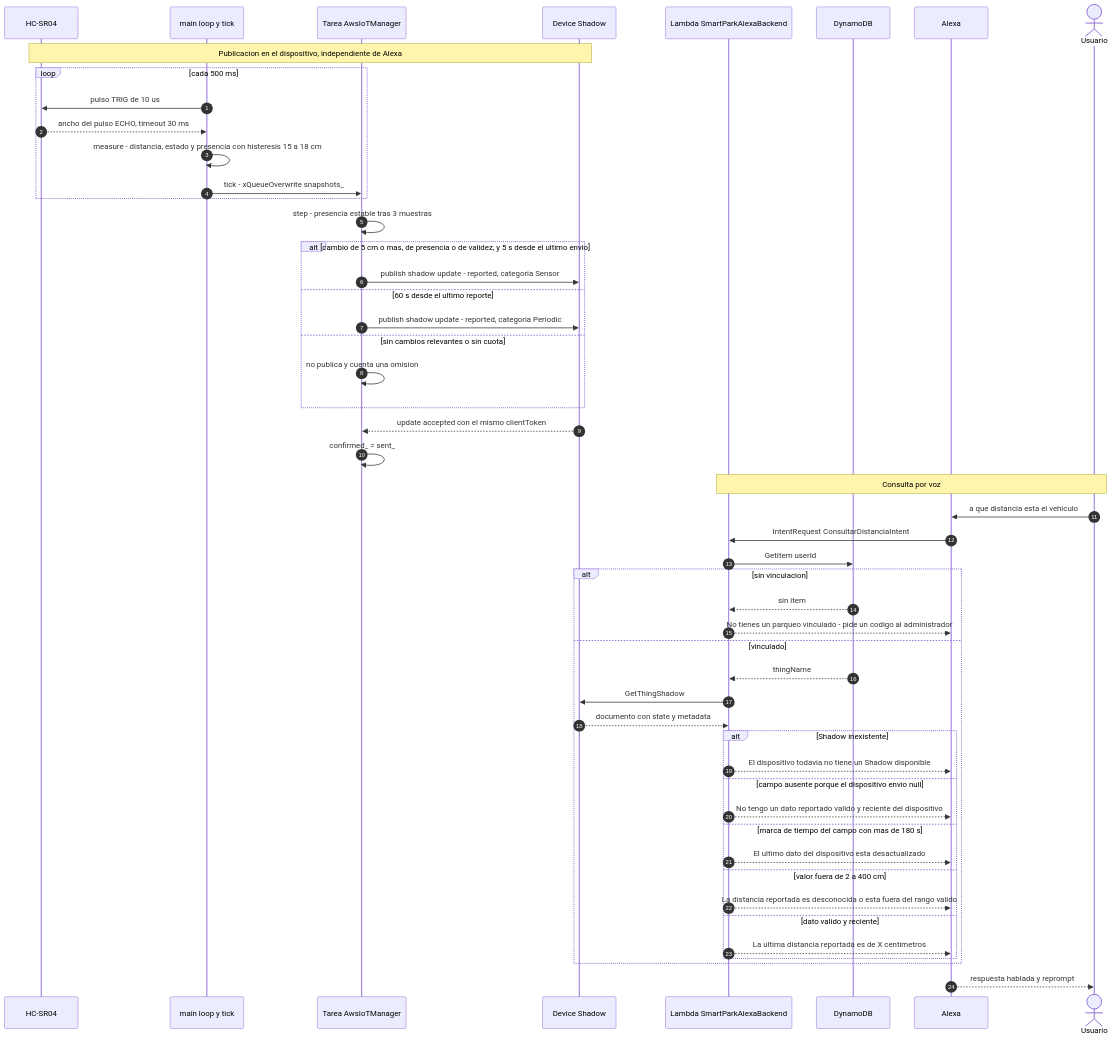
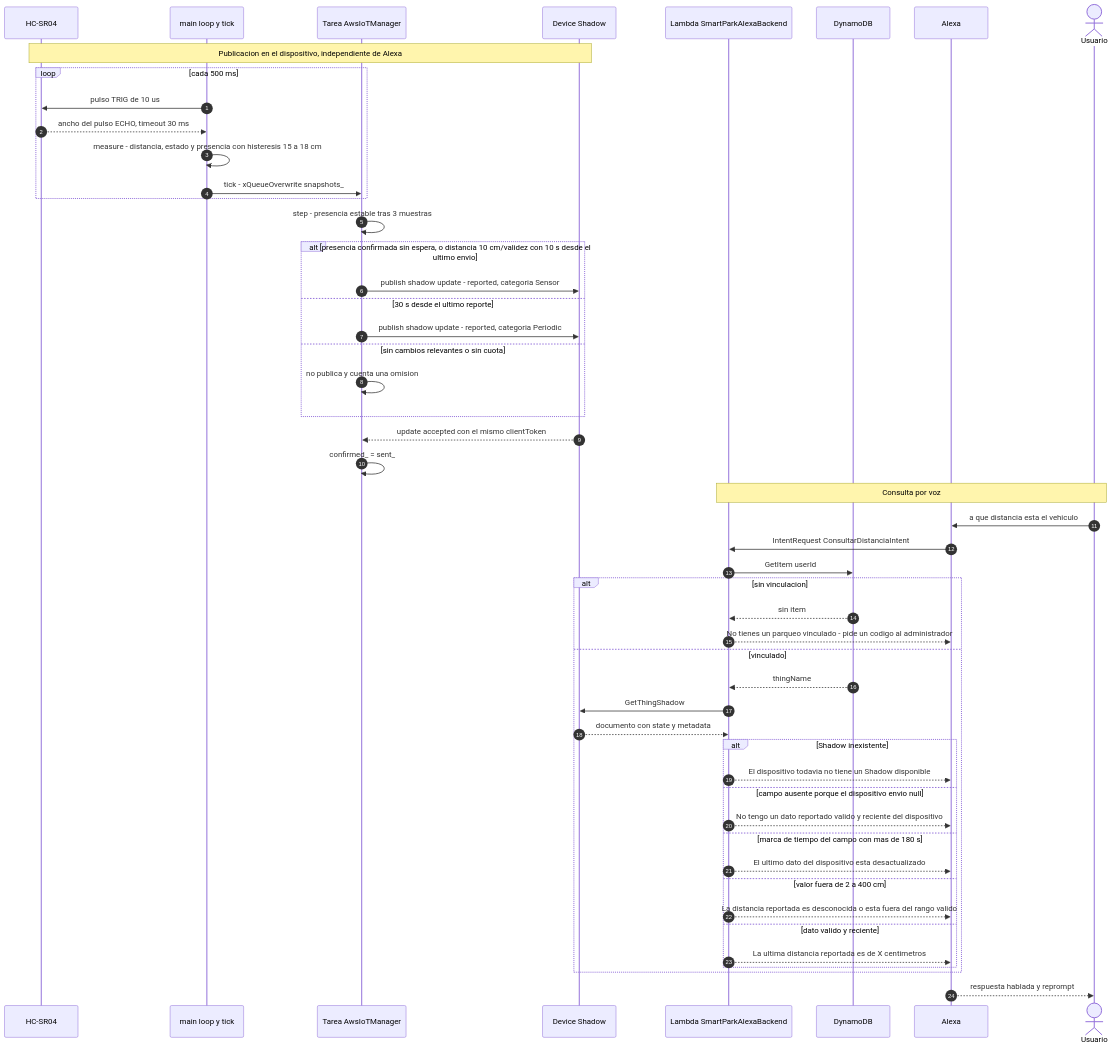
Diagram 12 of 16 in docs/informe.md (HenryRiveraM/smartpark-practica-3), drawn with Mermaid before and after one commit. The commit also changed other lines of this file and 8 other files, not shown here.

````diff
--- a/docs/informe.md
+++ b/docs/informe.md
@@ -944,55 +944,55 @@
 ```mermaid
 sequenceDiagram
     autonumber
     participant HC as HC-SR04
     participant ML as main loop y tick
     participant TASK as Tarea AwsIoTManager
     participant SH as Device Shadow
     participant LA as Lambda SmartParkAlexaBackend
     participant DB as DynamoDB
     participant AX as Alexa
     actor U as Usuario
 
     Note over HC,SH: Publicacion en el dispositivo, independiente de Alexa
     loop cada 500 ms
         ML->>HC: pulso TRIG de 10 us
         HC-->>ML: ancho del pulso ECHO, timeout 30 ms
         ML->>ML: measure - distancia, estado y presencia con histeresis 15 a 18 cm
         ML->>TASK: tick - xQueueOverwrite snapshots_
     end
     TASK->>TASK: step - presencia estable tras 3 muestras
-    alt cambio de 5 cm o mas, de presencia o de validez, y 5 s desde el ultimo envio
+    alt presencia confirmada sin espera, o distancia 10 cm/validez con 10 s desde el ultimo envio
         TASK->>SH: publish shadow update - reported, categoria Sensor
-    else 60 s desde el ultimo reporte
+    else 30 s desde el ultimo reporte
         TASK->>SH: publish shadow update - reported, categoria Periodic
     else sin cambios relevantes o sin cuota
         TASK->>TASK: no publica y cuenta una omision
     end
     SH-->>TASK: update accepted con el mismo clientToken
     TASK->>TASK: confirmed_ = sent_
 
     Note over U,LA: Consulta por voz
     U->>AX: a que distancia esta el vehiculo
     AX->>LA: IntentRequest ConsultarDistanciaIntent
     LA->>DB: GetItem userId
     alt sin vinculacion
         DB-->>LA: sin item
         LA-->>AX: No tienes un parqueo vinculado - pide un codigo al administrador
     else vinculado
         DB-->>LA: thingName
         LA->>SH: GetThingShadow
         SH-->>LA: documento con state y metadata
         alt Shadow inexistente
             LA-->>AX: El dispositivo todavia no tiene un Shadow disponible
         else campo ausente porque el dispositivo envio null
             LA-->>AX: No tengo un dato reportado valido y reciente del dispositivo
         else marca de tiempo del campo con mas de 180 s
             LA-->>AX: El ultimo dato del dispositivo esta desactualizado
         else valor fuera de 2 a 400 cm
             LA-->>AX: La distancia reportada es desconocida o esta fuera del rango valido
         else dato valido y reciente
             LA-->>AX: La ultima distancia reportada es de X centimetros
         end
     end
     AX-->>U: respuesta hablada y reprompt
 ```
````
